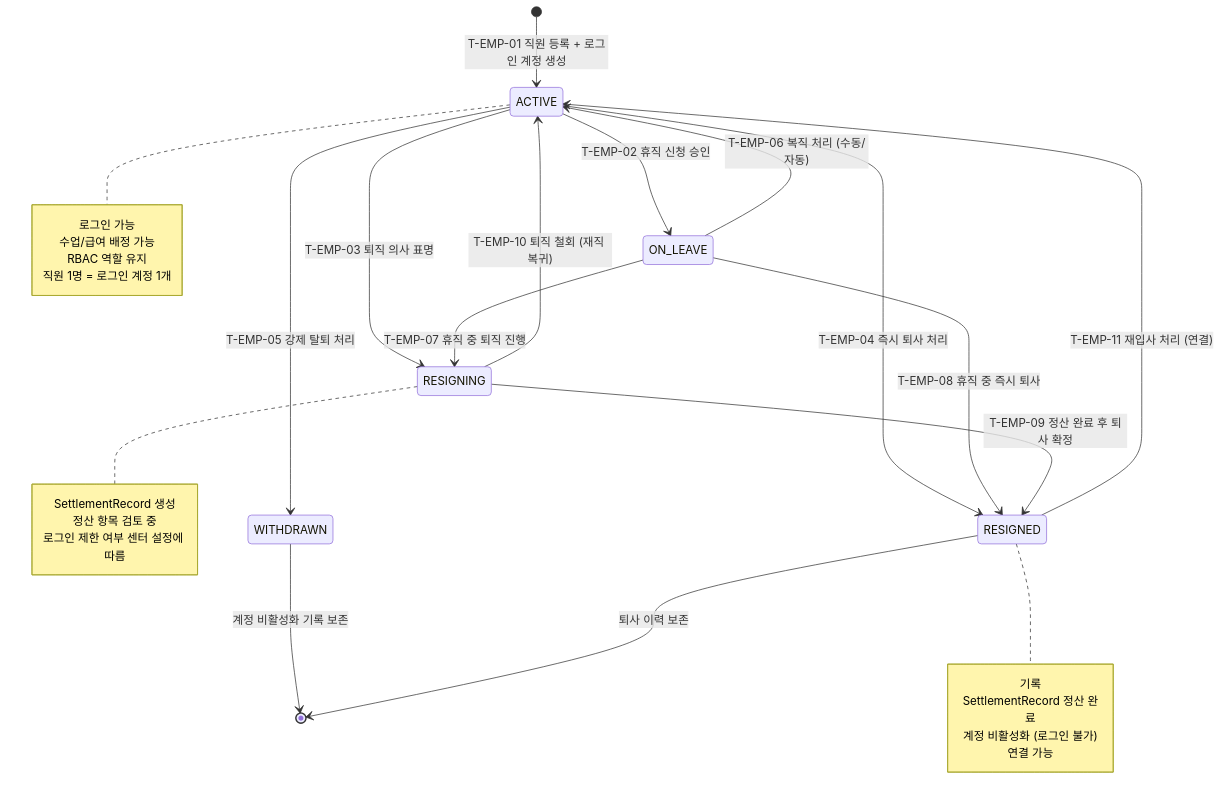
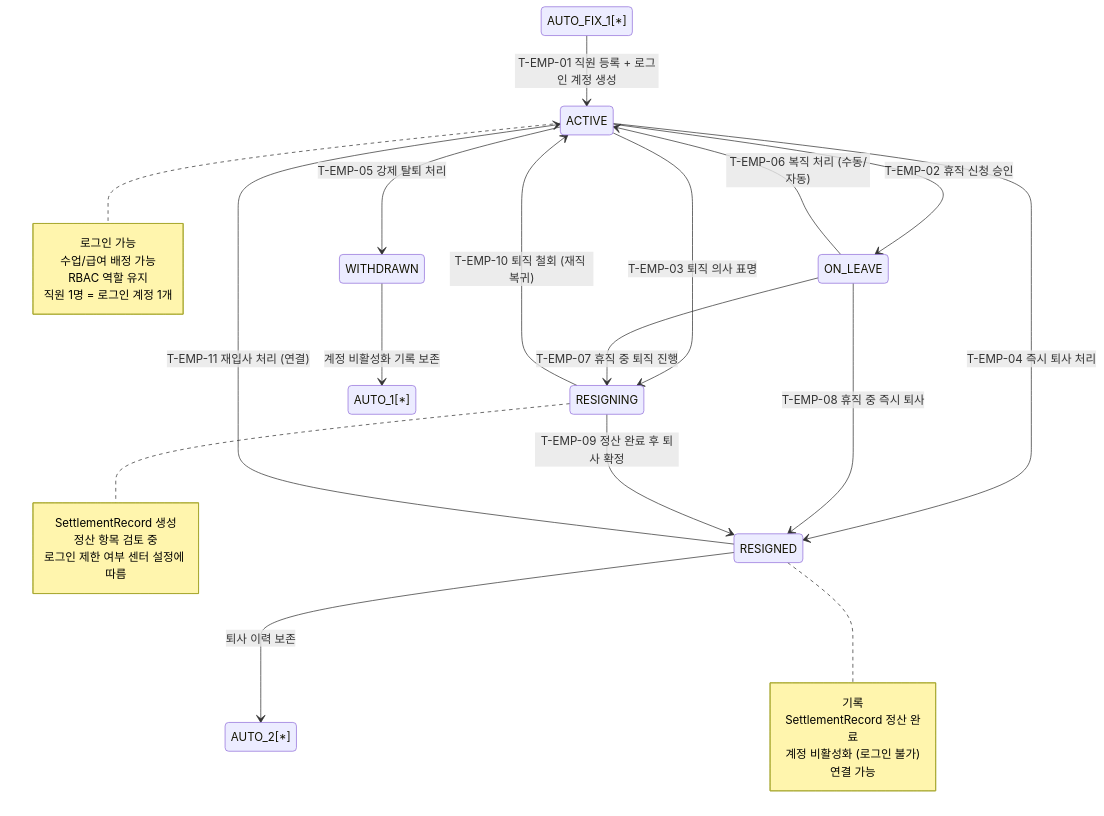
Before and after one commit to dev-spogym/admin-pando: the diagram in docs/admin/다이어그램/20_상태전이도/20-08_EmployeeStatus.md, drawn with Mermaid. The commit also changed 369 other files, not shown here.

````diff
--- a/docs/admin/다이어그램/20_상태전이도/20-08_EmployeeStatus.md
+++ b/docs/admin/다이어그램/20_상태전이도/20-08_EmployeeStatus.md
@@ -32,41 +32,41 @@
 ```mermaid
 stateDiagram-v2
-    [*] --> ACTIVE : T-EMP-01 직원 등록 + 로그인 계정 생성
+    AUTO_FIX_1[*] --> ACTIVE : T-EMP-01 직원 등록 + 로그인 계정 생성
 
     ACTIVE --> ON_LEAVE : T-EMP-02 휴직 신청 승인
     ACTIVE --> RESIGNING : T-EMP-03 퇴직 의사 표명
     ACTIVE --> RESIGNED : T-EMP-04 즉시 퇴사 처리
     ACTIVE --> WITHDRAWN : T-EMP-05 강제 탈퇴 처리
 
     ON_LEAVE --> ACTIVE : T-EMP-06 복직 처리 (수동/자동)
     ON_LEAVE --> RESIGNING : T-EMP-07 휴직 중 퇴직 진행
     ON_LEAVE --> RESIGNED : T-EMP-08 휴직 중 즉시 퇴사
 
     RESIGNING --> RESIGNED : T-EMP-09 정산 완료 후 퇴사 확정
     RESIGNING --> ACTIVE : T-EMP-10 퇴직 철회 (재직 복귀)
 
     RESIGNED --> ACTIVE : T-EMP-11 재입사 처리 (연결)
 
-    WITHDRAWN --> [*] : 계정 비활성화 기록 보존
-    RESIGNED --> [*] : 퇴사 이력 보존
+    WITHDRAWN --> AUTO_1[*] : 계정 비활성화 기록 보존
+    RESIGNED --> AUTO_2[*] : 퇴사 이력 보존
 
     note right of ACTIVE
         로그인 가능
         수업/급여 배정 가능
         RBAC 역할 유지
         직원 1명 = 로그인 계정 1개
     end note
 
     note right of RESIGNING
         SettlementRecord 생성
         정산 항목 검토 중
         로그인 제한 여부 센터 설정에 따름
     end note
 
     note right of RESIGNED
          기록
         SettlementRecord 정산 완료
         계정 비활성화 (로그인 불가)
          연결 가능
     end note
 ```
````
